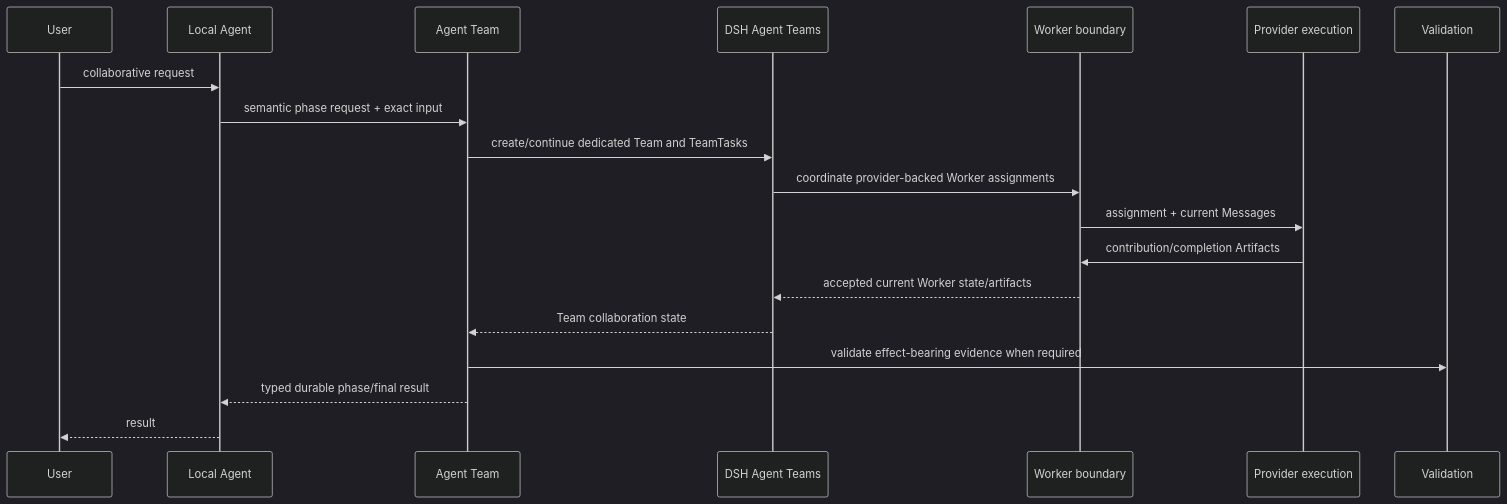
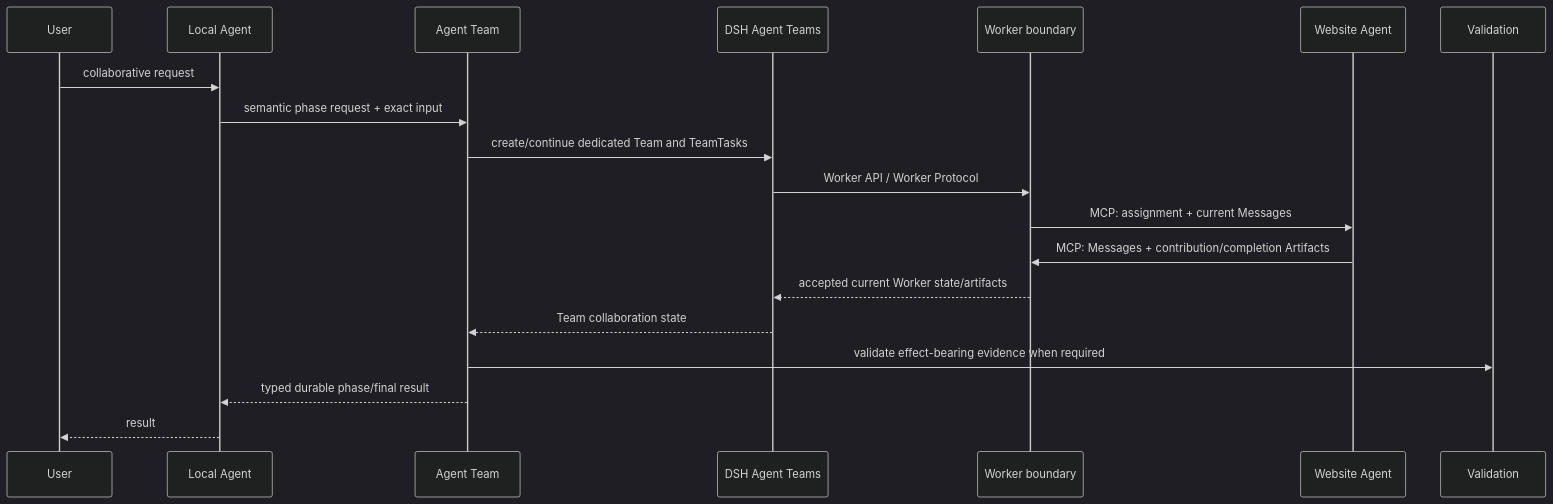
The second of 11 diagrams in docs/architecture/interaction-model.md (tsuuanmi/AgentOS), drawn with Mermaid (dark theme) before and after one commit. The commit also changed other lines of this file, not shown here.

Commit message:
docs: label agent protocols in interaction flows

```diff
--- a/docs/architecture/interaction-model.md
+++ b/docs/architecture/interaction-model.md
@@ -49,22 +49,22 @@
 ~~~mermaid
 sequenceDiagram
     participant U as User
     participant L as Local Agent
     participant T as Agent Team
     participant D as DSH Agent Teams
     participant W as Worker boundary
-    participant P as Provider execution
+    participant P as Website Agent
     participant V as Validation
 
     U->>L: collaborative request
     L->>T: semantic phase request + exact input
     T->>D: create/continue dedicated Team and TeamTasks
-    D->>W: coordinate provider-backed Worker assignments
-    W->>P: assignment + current Messages
-    P->>W: contribution/completion Artifacts
+    D->>W: Worker API / Worker Protocol
+    W->>P: MCP: assignment + current Messages
+    P->>W: MCP: Messages + contribution/completion Artifacts
     W-->>D: accepted current Worker state/artifacts
     D-->>T: Team collaboration state
     T->>V: validate effect-bearing evidence when required
     T-->>L: typed durable phase/final result
     L-->>U: result
 ~~~
```
